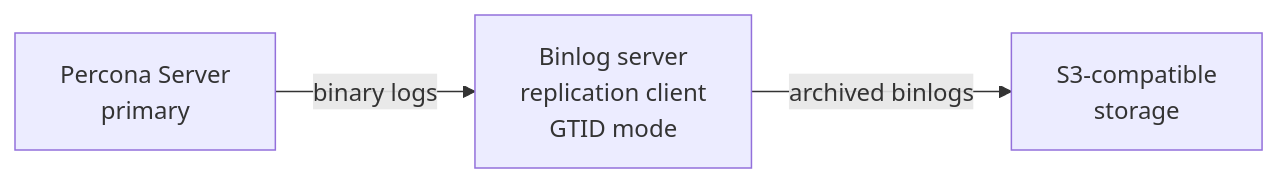
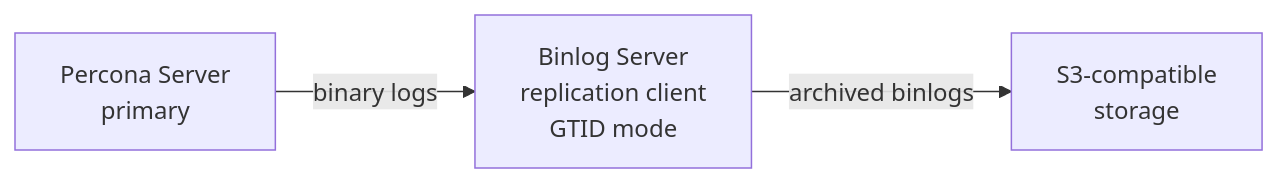
The diagram in docs/backups-pitr.md (percona/k8sps-docs), drawn with Mermaid before and after one commit. The commit also changed other lines of this file and 2 other files, not shown here.

````diff
--- a/docs/backups-pitr.md
+++ b/docs/backups-pitr.md
@@ -35,8 +35,8 @@
 ```mermaid
 flowchart LR
         PS["Percona Server<br/>primary"]
-        BS["Binlog server <br/> replication client <br/> GTID mode"]
+        BS["Binlog Server <br/> replication client <br/> GTID mode"]
         S3["S3-compatible<br/>storage"]
         PS -->|"binary logs"| BS
         BS -->|"archived binlogs"| S3
 ```
````
